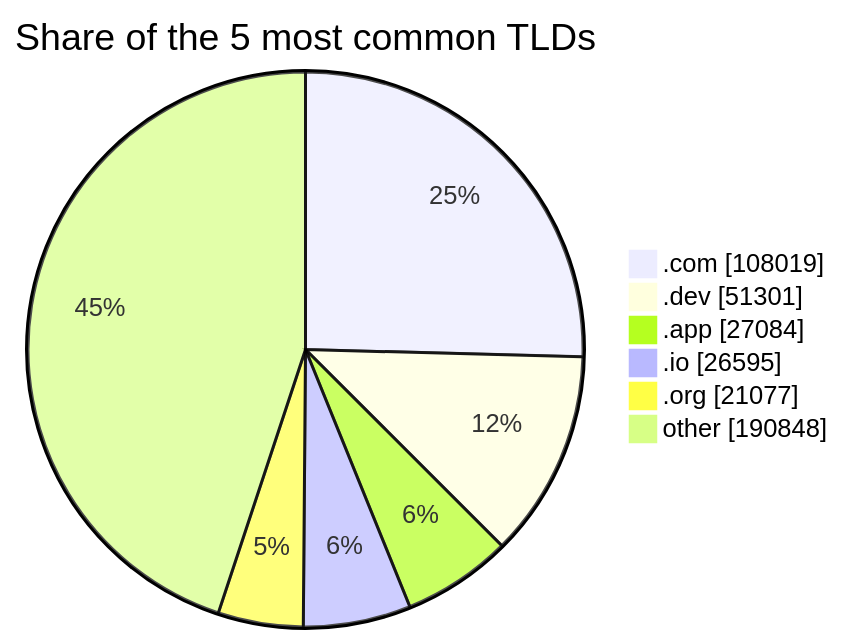
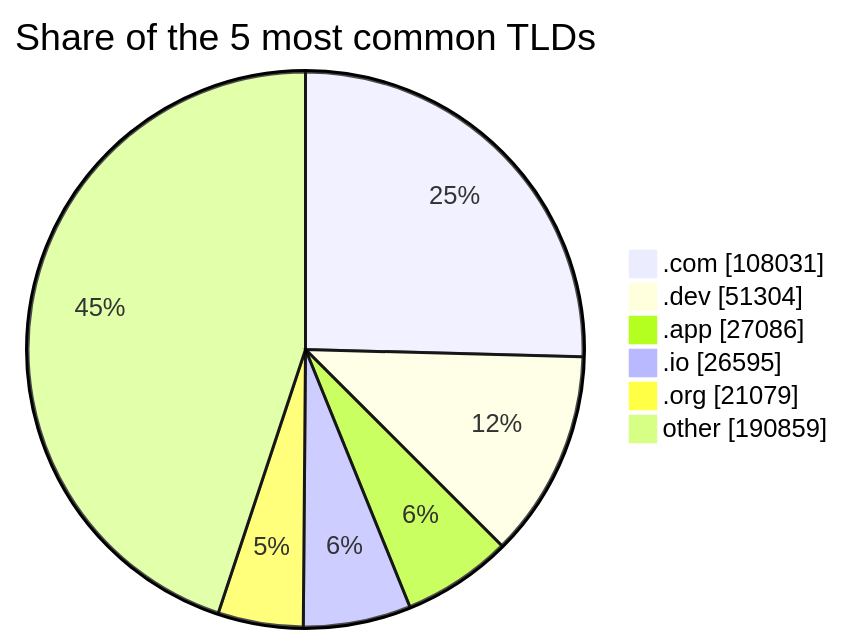
Before and after one commit to DNSBunker/CTI: the third of 3 diagrams in README.md, drawn with Mermaid. The commit also changed other lines of this file and 3 other files, not shown here.

````diff
--- a/README.md
+++ b/README.md
@@ -81,9 +81,9 @@
 ```mermaid
 pie showData title Share of the 5 most common TLDs
-    ".com" : 108019
-    ".dev" : 51301
-    ".app" : 27084
+    ".com" : 108031
+    ".dev" : 51304
+    ".app" : 27086
     ".io" : 26595
-    ".org" : 21077
-    "other" : 190848
+    ".org" : 21079
+    "other" : 190859
 ```
````
